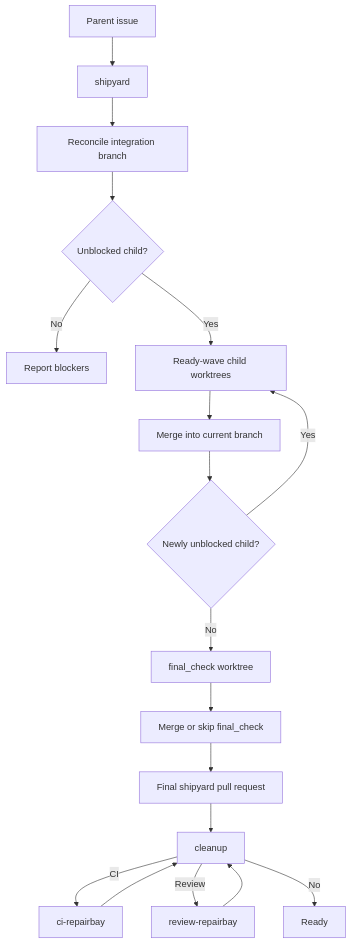
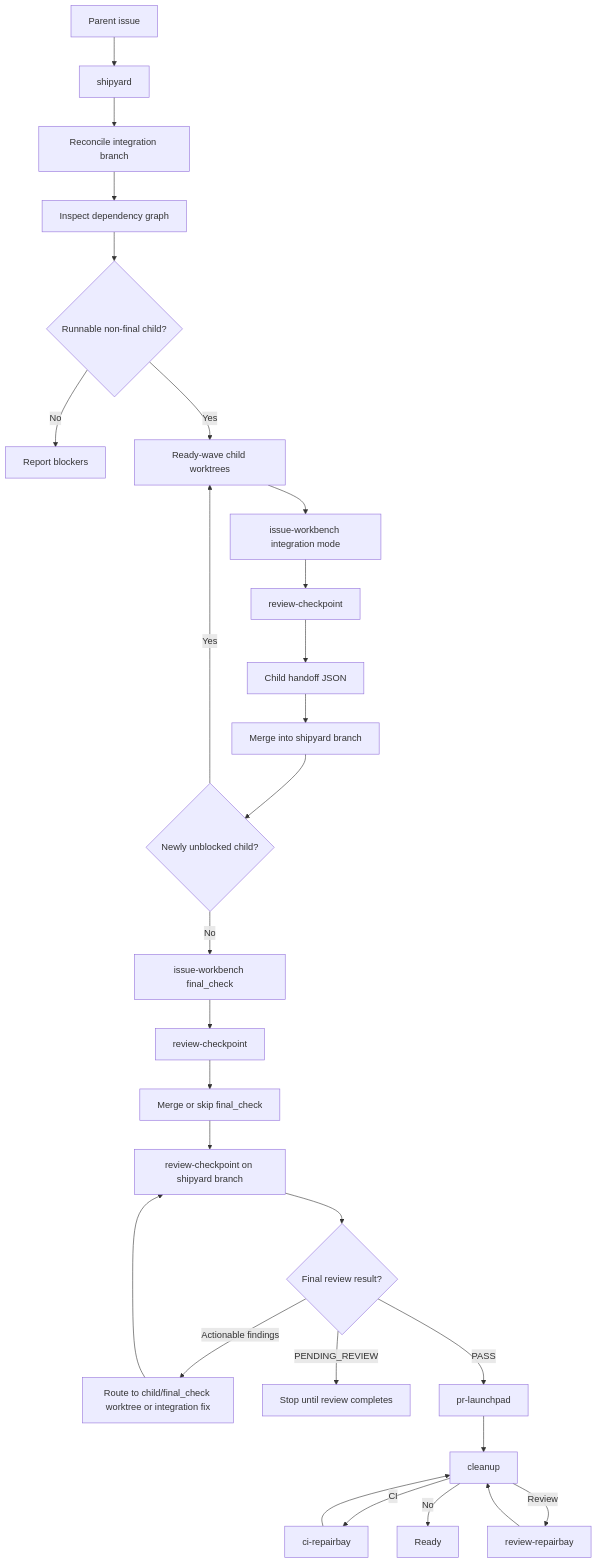
The fourth of 5 diagrams in README.md (HenryQW/skills), drawn with Mermaid before and after one commit. The commit also changed other lines of this file, not shown here.

Commit message:
docs(readme): align workflow diagrams with skills

````diff
--- a/README.md
+++ b/README.md
@@ -86,20 +96,30 @@
 ```mermaid
 flowchart TD
   parent["Parent issue"] --> shipyard["shipyard"]
   shipyard --> branch["Reconcile integration branch"]
-  branch --> ready{"Unblocked child?"}
+  branch --> inspect["Inspect dependency graph"]
+  inspect --> ready{"Runnable non-final child?"}
   ready -->|No| blocked["Report blockers"]
   ready -->|Yes| worktrees["Ready-wave child worktrees"]
-  worktrees --> integrate["Merge into current branch"]
+  worktrees --> workbench["issue-workbench integration mode"]
+  workbench --> child_review["review-checkpoint"]
+  child_review --> handoff["Child handoff JSON"]
+  handoff --> integrate["Merge into shipyard branch"]
   integrate --> recheck{"Newly unblocked child?"}
   recheck -->|Yes| worktrees
-  recheck -->|No| final_branch["final_check worktree"]
-  final_branch --> final_merge["Merge or skip final_check"]
-  final_merge --> final_pr["Final shipyard pull request"]
-  final_pr --> cleanup
+  recheck -->|No| final_workbench["issue-workbench final_check"]
+  final_workbench --> final_review["review-checkpoint"]
+  final_review --> final_merge["Merge or skip final_check"]
+  final_merge --> ship_review["review-checkpoint on shipyard branch"]
+  ship_review --> final_result{"Final review result?"}
+  final_result -->|Actionable findings| final_fix["Route to child/final_check worktree or integration fix"]
+  final_fix --> ship_review
+  final_result -->|PENDING_REVIEW| pending["Stop until review completes"]
+  final_result -->|PASS| launch["pr-launchpad"]
+  launch --> cleanup
   cleanup -->|CI| ci_repair["ci-repairbay"]
   cleanup -->|Review| review_repair["review-repairbay"]
   cleanup -->|No| done["Ready"]
   ci_repair --> cleanup
   review_repair --> cleanup
 ```
````
